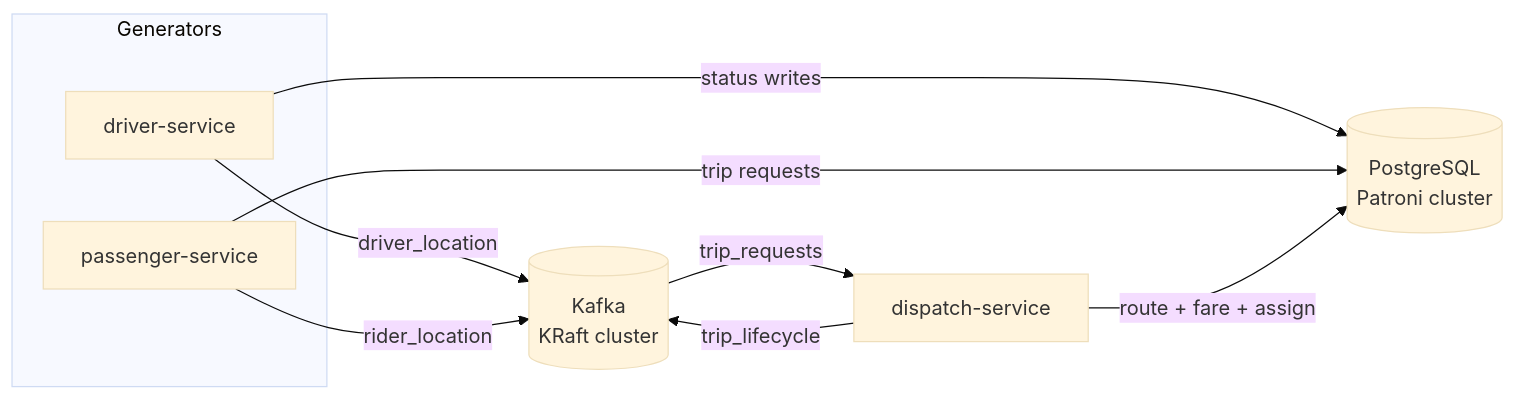
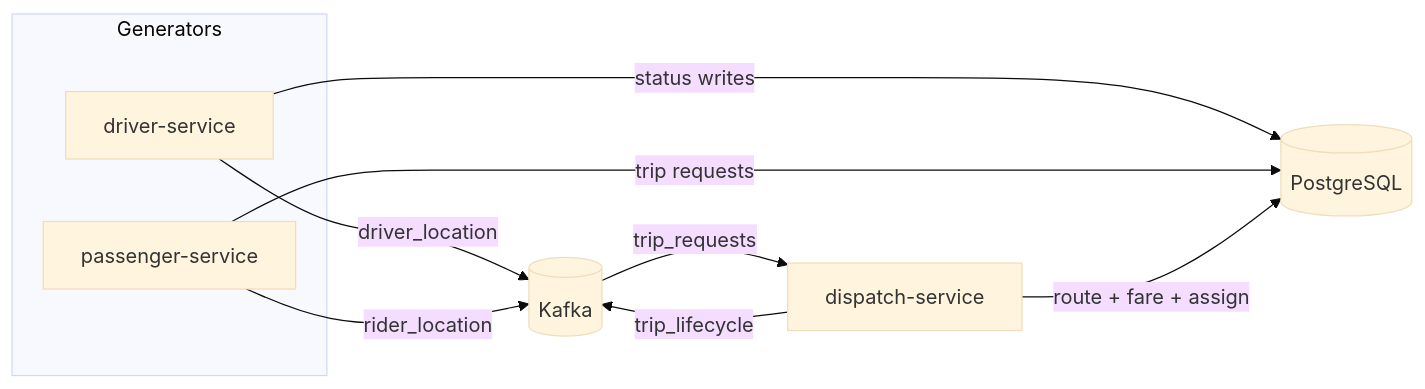
One commit to bahman-farhadian/Meanul-Data-Studio changed the second of 9 diagrams in README.md. Above: the diagram before and after it, drawn with Mermaid (base theme). The commit also changed other lines of this file and 8 other files, not shown here.

````diff
--- a/README.md
+++ b/README.md
@@ -210,19 +209,19 @@
 ```mermaid
 graph LR
     subgraph GEN ["Generators"]
         DRV["driver-service"]
         PSG["passenger-service"]
     end
 
     DISP["dispatch-service"]
-    PG[("PostgreSQL<br/>Patroni cluster")]
-    KAFKA[("Kafka<br/>KRaft cluster")]
+    PG[("PostgreSQL")]
+    KAFKA[("Kafka")]
 
     DRV -->|"status writes"| PG
     PSG -->|"trip requests"| PG
     DRV -->|"driver_location"| KAFKA
     PSG -->|"rider_location"| KAFKA
     KAFKA -->|"trip_requests"| DISP
     DISP -->|"route + fare + assign"| PG
     DISP -->|"trip_lifecycle"| KAFKA
 ```
````
